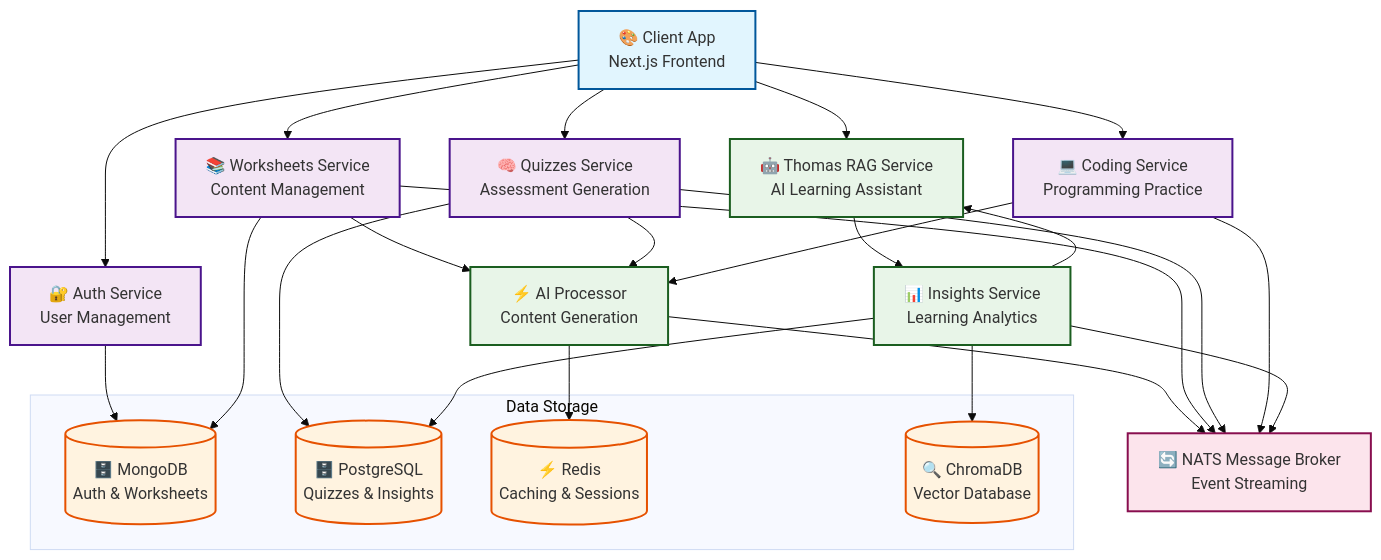
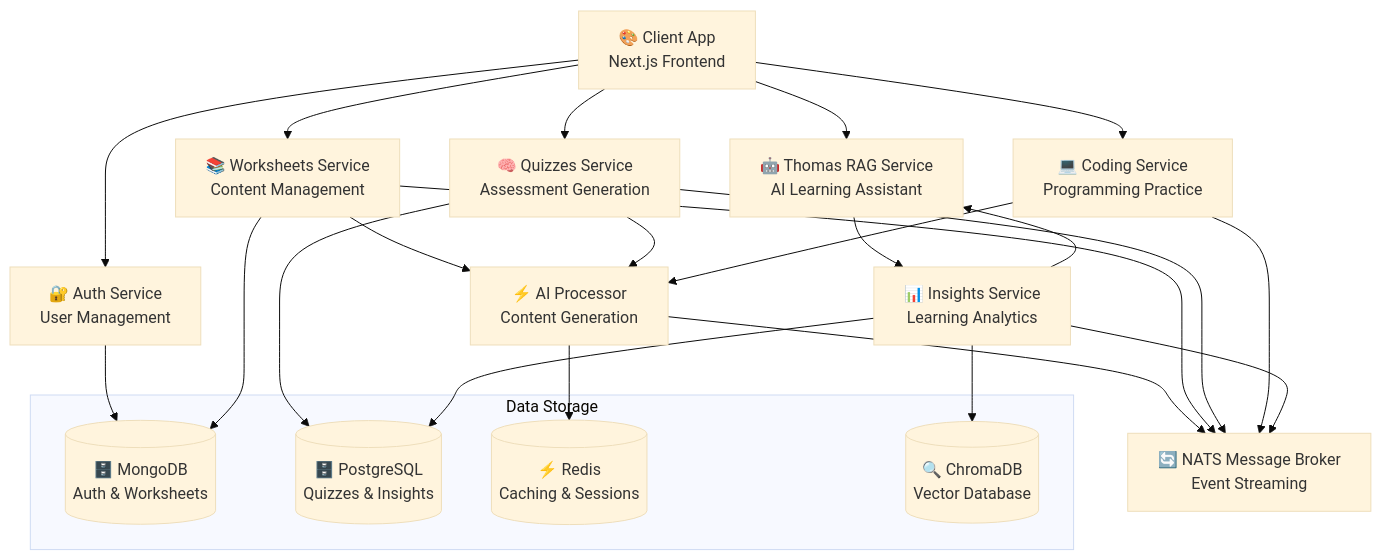
Before and after one commit to liran-mazor/worksheeter: the first of 2 diagrams in README.md, drawn with Mermaid (base theme). The commit also changed other lines of this file, not shown here.

````diff
--- a/README.md
+++ b/README.md
@@ -36,71 +36,60 @@
 ```mermaid
 graph TB
     %% Frontend Layer
     Client[🎨 Client App<br/>Next.js Frontend]
     
     %% Core Services
     Auth[🔐 Auth Service<br/>User Management]
     Worksheets[📚 Worksheets Service<br/>Content Management]
     Quizzes[🧠 Quizzes Service<br/>Assessment Generation]
     Coding[💻 Coding Service<br/>Programming Practice]
     Thomas[🤖 Thomas RAG Service<br/>AI Learning Assistant]
     
     %% AI & Processing
     AI[⚡ AI Processor<br/>Content Generation]
     Insights[📊 Insights Service<br/>Learning Analytics]
     
     %% Message Broker
     NATS[🔄 NATS Message Broker<br/>Event Streaming]
     
     %% Data Layer
     subgraph "Data Storage"
         MongoDB[(🗄️ MongoDB<br/>Auth & Worksheets)]
         Postgres[(🗄️ PostgreSQL<br/>Quizzes & Insights)]
         Redis[(⚡ Redis<br/>Caching & Sessions)]
         Chroma[(🔍 ChromaDB<br/>Vector Database)]
     end
     
     %% Client Connections
     Client --> Auth
     Client --> Worksheets
     Client --> Quizzes
     Client --> Coding
     Client --> Thomas
     
     %% Service to AI Processor
     Worksheets --> AI
     Quizzes --> AI
     Coding --> AI
     
     %% Event-Driven Communication
     AI --> NATS
     Worksheets --> NATS
     Quizzes --> NATS
     Coding --> NATS
     Insights --> NATS
     
     %% Data Connections
     Auth --> MongoDB
     Worksheets --> MongoDB
     Quizzes --> Postgres
     Insights --> Postgres
     Insights --> Chroma
     AI --> Redis
     
     %% Thomas RAG Process
     Thomas --> Insights
     Insights --> Thomas
     
-    %% Styling
-    classDef frontend fill:#e1f5fe,stroke:#01579b,stroke-width:2px
-    classDef service fill:#f3e5f5,stroke:#4a148c,stroke-width:2px
-    classDef ai fill:#e8f5e8,stroke:#1b5e20,stroke-width:2px
-    classDef data fill:#fff3e0,stroke:#e65100,stroke-width:2px
-    classDef broker fill:#fce4ec,stroke:#880e4f,stroke-width:2px
-    
-    class Client frontend
-    class Auth,Worksheets,Quizzes,Coding service
-    class AI,Thomas,Insights ai
-    class MongoDB,Postgres,Redis,Chroma data
-    class NATS broker
+
 ```
````
